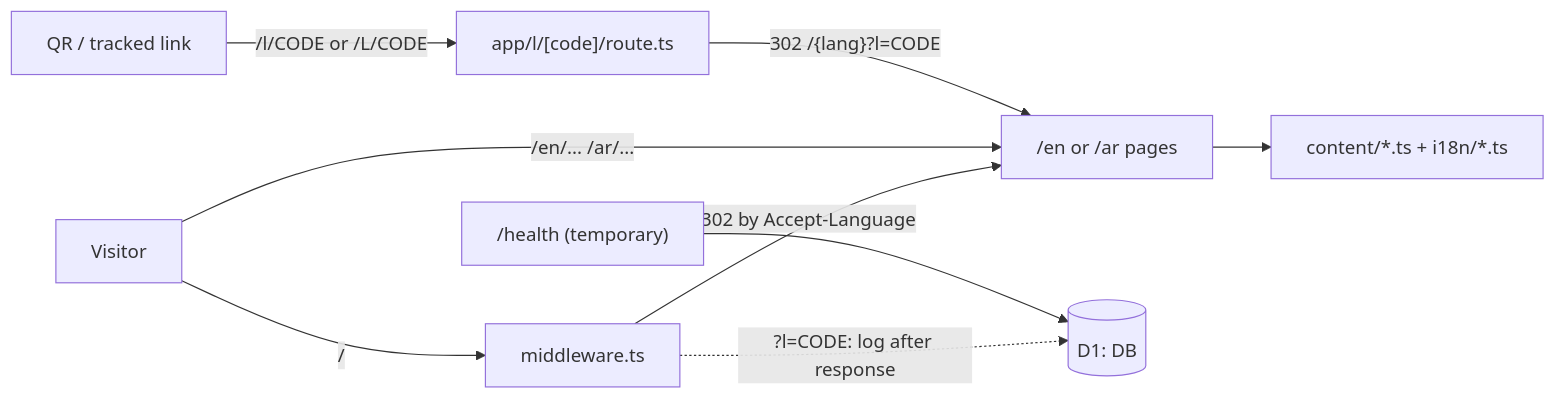
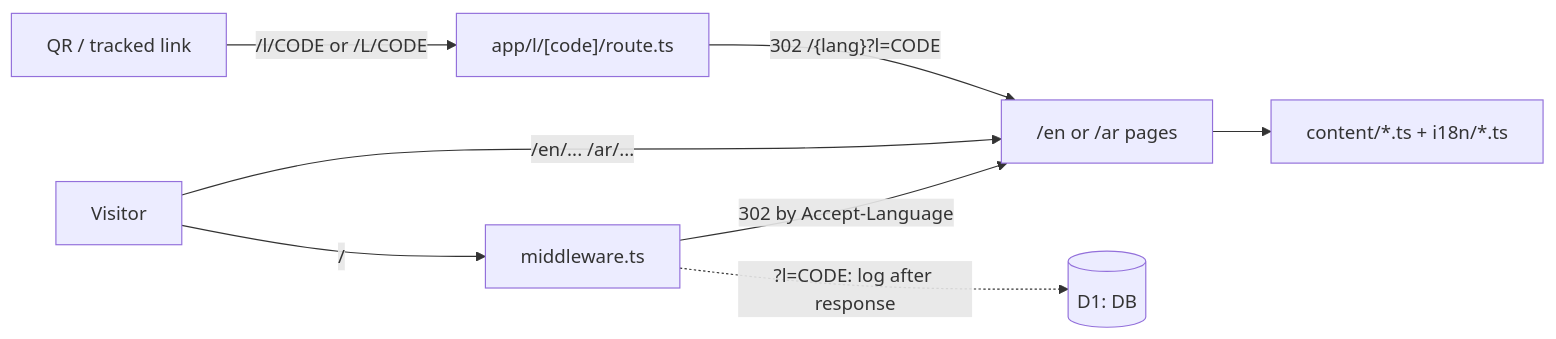
The diagram in docs/architecture.md (yaltayeh/yacoub-portfolio), drawn with Mermaid before and after one commit. The commit also changed other lines of this file and 56 other files, not shown here.

````diff
--- a/docs/architecture.md
+++ b/docs/architecture.md
@@ -7,11 +7,10 @@
 ```mermaid
 flowchart LR
   V[Visitor] -->|"/"| MW[middleware.ts]
   MW -->|"302 by Accept-Language"| P["/en or /ar pages"]
   V -->|"/en/... /ar/..."| P
   P --> C[content/*.ts + i18n/*.ts]
   Q[QR / tracked link] -->|"/l/CODE or /L/CODE"| LH["app/l/[code]/route.ts"]
   LH -->|"302 /{lang}?l=CODE"| P
   MW -.->|"?l=CODE: log after response"| DB[(D1: DB)]
-  H["/health (temporary)"] --> DB
 ```
````
